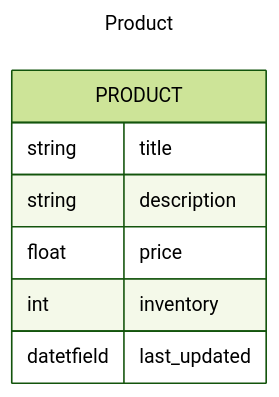
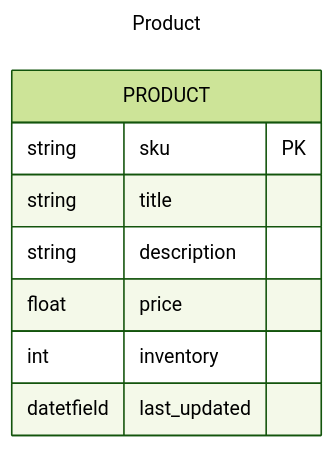
The first of 2 diagrams in doc/details/database.md (phatnguyen9722/e-store), drawn with Mermaid (forest theme) before and after one commit. The commit also changed other lines of this file and 1 other file, not shown here.

````diff
--- a/doc/details/database.md
+++ b/doc/details/database.md
@@ -2,13 +2,14 @@
 ```mermaid
 ---
 title: Product
 ---
 erDiagram
     PRODUCT {
+        string sku PK
         string title
         string description
         float price
         int inventory
         datetfield last_updated
     }
 ```
````
